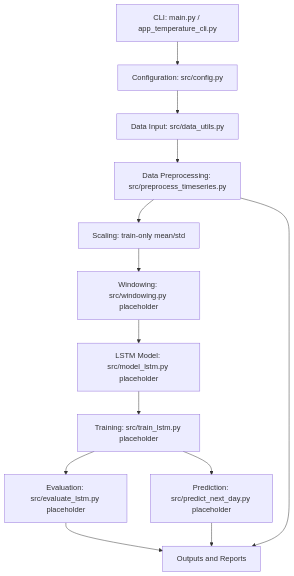
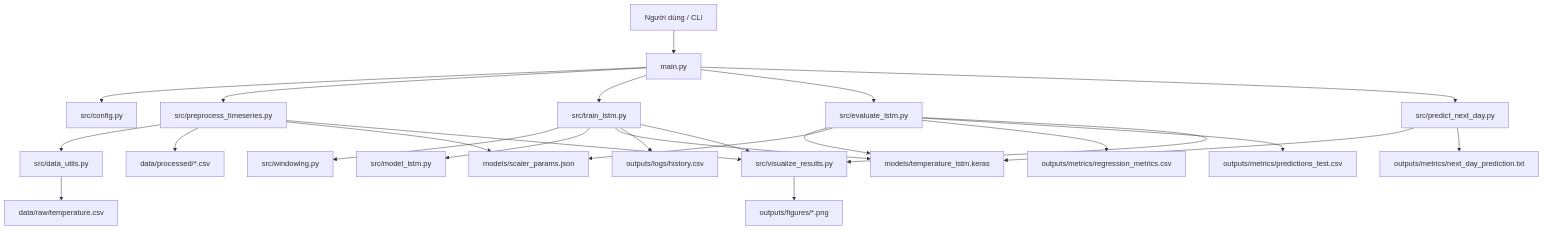
Before and after one commit to Mei-iwi/DL_Temperature_forecast: the first of 4 diagrams in docs/architecture_source_for_chatgpt.md, drawn with Mermaid. The commit also changed other lines of this file and 2 other files, not shown here.

````diff
--- a/docs/architecture_source_for_chatgpt.md
+++ b/docs/architecture_source_for_chatgpt.md
@@ -639,15 +513,27 @@
 ```mermaid
 flowchart TD
-    A[CLI: main.py / app_temperature_cli.py] --> B[Configuration: src/config.py]
-    B --> C[Data Input: src/data_utils.py]
-    C --> D[Data Preprocessing: src/preprocess_timeseries.py]
-    D --> E[Scaling: train-only mean/std]
-    E --> F[Windowing: src/windowing.py placeholder]
-    F --> G[LSTM Model: src/model_lstm.py placeholder]
-    G --> H[Training: src/train_lstm.py placeholder]
-    H --> I[Evaluation: src/evaluate_lstm.py placeholder]
-    H --> J[Prediction: src/predict_next_day.py placeholder]
-    I --> K[Outputs and Reports]
-    J --> K
-    D --> K
+    U[Người dùng / CLI] --> MAIN[main.py]
+    MAIN --> CFG[src/config.py]
+    MAIN --> PRE[src/preprocess_timeseries.py]
+    PRE --> DU[src/data_utils.py]
+    DU --> RAW[data/raw/temperature.csv]
+    PRE --> PROC[data/processed/*.csv]
+    PRE --> SCALER[models/scaler_params.json]
+    MAIN --> TR[src/train_lstm.py]
+    TR --> WIN[src/windowing.py]
+    TR --> MOD[src/model_lstm.py]
+    TR --> MODEL[models/temperature_lstm.keras]
+    TR --> HIST[outputs/logs/history.csv]
+    MAIN --> EV[src/evaluate_lstm.py]
+    EV --> MODEL
+    EV --> SCALER
+    EV --> MET[outputs/metrics/regression_metrics.csv]
+    EV --> PRED[outputs/metrics/predictions_test.csv]
+    MAIN --> NX[src/predict_next_day.py]
+    NX --> MODEL
+    NX --> NEXT[outputs/metrics/next_day_prediction.txt]
+    PRE --> VIZ[src/visualize_results.py]
+    TR --> VIZ
+    EV --> VIZ
+    VIZ --> FIG[outputs/figures/*.png]
 ```
````
